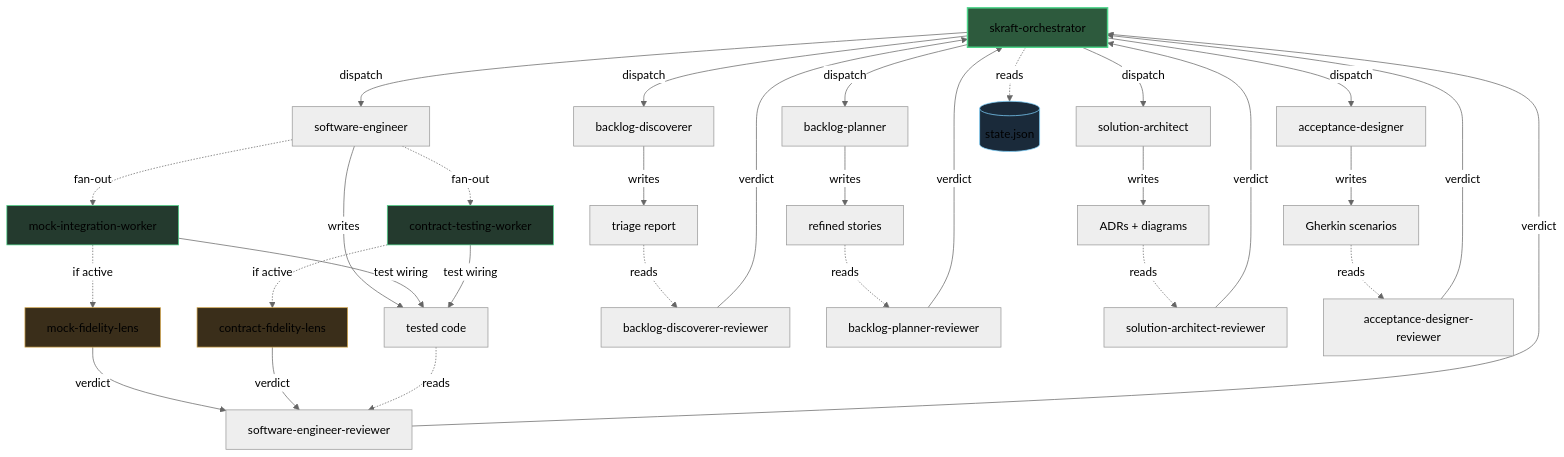
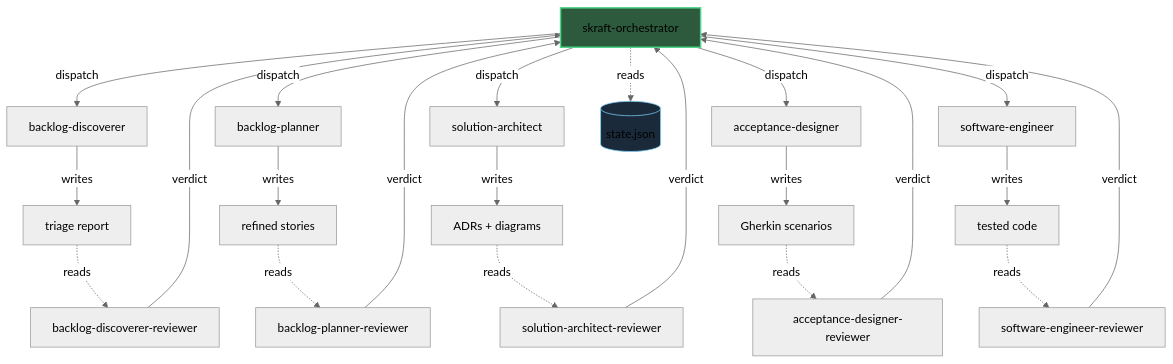
Before and after one commit to SebastienDegodez/skraft-plugin: the diagram in docs/site/en/explanation/architecture.md, drawn with Mermaid (neutral theme). The commit also changed other lines of this file and 69 other files, not shown here.

````diff
--- a/docs/site/en/explanation/architecture.md
+++ b/docs/site/en/explanation/architecture.md
@@ -17,44 +21,31 @@
 ```mermaid
 graph TB
     O[skraft-orchestrator] -->|dispatch| BD[backlog-discoverer]
     O -->|dispatch| BP[backlog-planner]
     O -->|dispatch| SA[solution-architect]
     O -->|dispatch| AD[acceptance-designer]
     O -->|dispatch| SE[software-engineer]
     
     BD -->|writes| A1[triage report]
     BP -->|writes| A2[refined stories]
     SA -->|writes| A3[ADRs + diagrams]
     AD -->|writes| A4[Gherkin scenarios]
     SE -->|writes| A5[tested code]
-
-    SE -.fan-out.-> MIW[mock-integration-worker]
-    SE -.fan-out.-> CTW[contract-testing-worker]
-    MIW -->|test wiring| A5
-    CTW -->|test wiring| A5
-    MIW -.if active.-> MFL[mock-fidelity-lens]
-    CTW -.if active.-> CFL[contract-fidelity-lens]
-    MFL -->|verdict| SER
-    CFL -->|verdict| SER
     
     A1 -.->|reads| BDR[backlog-discoverer-reviewer]
     A2 -.->|reads| BPR[backlog-planner-reviewer]
     A3 -.->|reads| SAR[solution-architect-reviewer]
     A4 -.->|reads| ADR[acceptance-designer-reviewer]
     A5 -.->|reads| SER[software-engineer-reviewer]
     
     BDR -->|verdict| O
     BPR -->|verdict| O
     SAR -->|verdict| O
     ADR -->|verdict| O
     SER -->|verdict| O
     
     O -.->|reads| S[(state.json)]
     
     style O fill:#2d5a3d,stroke:#4ed58a,stroke-width:2px
     style S fill:#1a2a3a,stroke:#7fd3ff
-    style MIW fill:#243a2e,stroke:#4ed58a
-    style CTW fill:#243a2e,stroke:#4ed58a
-    style MFL fill:#3a2e1a,stroke:#d5a84e
-    style CFL fill:#3a2e1a,stroke:#d5a84e
 ```
````
